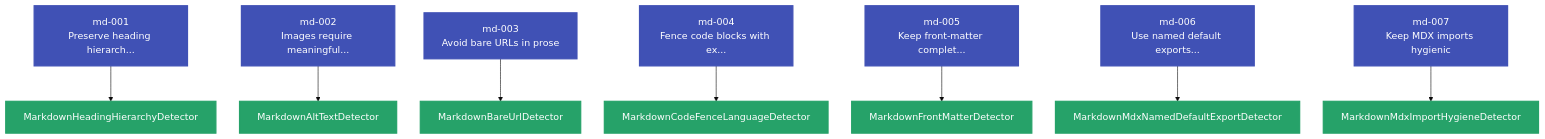
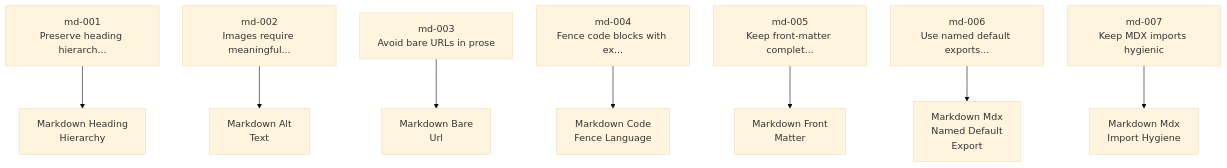
The first of 4 diagrams in docs/user-guide/languages/markdown.md (Anselmoo/mcp-zen-of-languages), drawn with Mermaid before and after one commit. The commit also changed other lines of this file and 18 other files, not shown here.

````diff
--- a/docs/user-guide/languages/markdown.md
+++ b/docs/user-guide/languages/markdown.md
@@ -178,41 +178,25 @@
     ```mermaid
-%%{init: {"theme": "base", "flowchart": {"useMaxWidth": false, "htmlLabels": true, "nodeSpacing": 40, "rankSpacing": 60}}}%%
+    %%{init: {"theme": "base", "flowchart": {"useMaxWidth": false, "htmlLabels": true, "nodeSpacing": 40, "rankSpacing": 60}}}%%
     graph TD
     md_001["md-001<br/>Preserve heading hierarch..."]
     md_002["md-002<br/>Images require meaningful..."]
     md_003["md-003<br/>Avoid bare URLs in prose"]
     md_004["md-004<br/>Fence code blocks with ex..."]
     md_005["md-005<br/>Keep front-matter complet..."]
     md_006["md-006<br/>Use named default exports..."]
     md_007["md-007<br/>Keep MDX imports hygienic"]
-    det_MarkdownAltTextDetector["MarkdownAltTextDetector"]
+    det_MarkdownAltTextDetector["Markdown Alt<br/>Text"]
     md_002 --> det_MarkdownAltTextDetector
-    det_MarkdownBareUrlDetector["MarkdownBareUrlDetector"]
+    det_MarkdownBareUrlDetector["Markdown Bare<br/>Url"]
     md_003 --> det_MarkdownBareUrlDetector
-    det_MarkdownCodeFenceLanguageDetector["MarkdownCodeFenceLanguageDetector"]
+    det_MarkdownCodeFenceLanguageDetector["Markdown Code<br/>Fence Language"]
     md_004 --> det_MarkdownCodeFenceLanguageDetector
-    det_MarkdownFrontMatterDetector["MarkdownFrontMatterDetector"]
+    det_MarkdownFrontMatterDetector["Markdown Front<br/>Matter"]
     md_005 --> det_MarkdownFrontMatterDetector
-    det_MarkdownHeadingHierarchyDetector["MarkdownHeadingHierarchyDetector"]
+    det_MarkdownHeadingHierarchyDetector["Markdown Heading<br/>Hierarchy"]
     md_001 --> det_MarkdownHeadingHierarchyDetector
-    det_MarkdownMdxImportHygieneDetector["MarkdownMdxImportHygieneDetector"]
+    det_MarkdownMdxImportHygieneDetector["Markdown Mdx<br/>Import Hygiene"]
     md_007 --> det_MarkdownMdxImportHygieneDetector
-    det_MarkdownMdxNamedDefaultExportDetector["MarkdownMdxNamedDefaultExportDetector"]
+    det_MarkdownMdxNamedDefaultExportDetector["Markdown Mdx<br/>Named Default<br/>Export"]
     md_006 --> det_MarkdownMdxNamedDefaultExportDetector
-    classDef principle fill:#4051b5,color:#ffffff,stroke:#4051b5,stroke-width:2px
-    classDef detector fill:#26a269,color:#ffffff,stroke:#26a269,stroke-width:2px
-    class md_001 principle
-    class md_002 principle
-    class md_003 principle
-    class md_004 principle
-    class md_005 principle
-    class md_006 principle
-    class md_007 principle
-    class det_MarkdownAltTextDetector detector
-    class det_MarkdownBareUrlDetector detector
-    class det_MarkdownCodeFenceLanguageDetector detector
-    class det_MarkdownFrontMatterDetector detector
-    class det_MarkdownHeadingHierarchyDetector detector
-    class det_MarkdownMdxImportHygieneDetector detector
-    class det_MarkdownMdxNamedDefaultExportDetector detector
     ```
````
